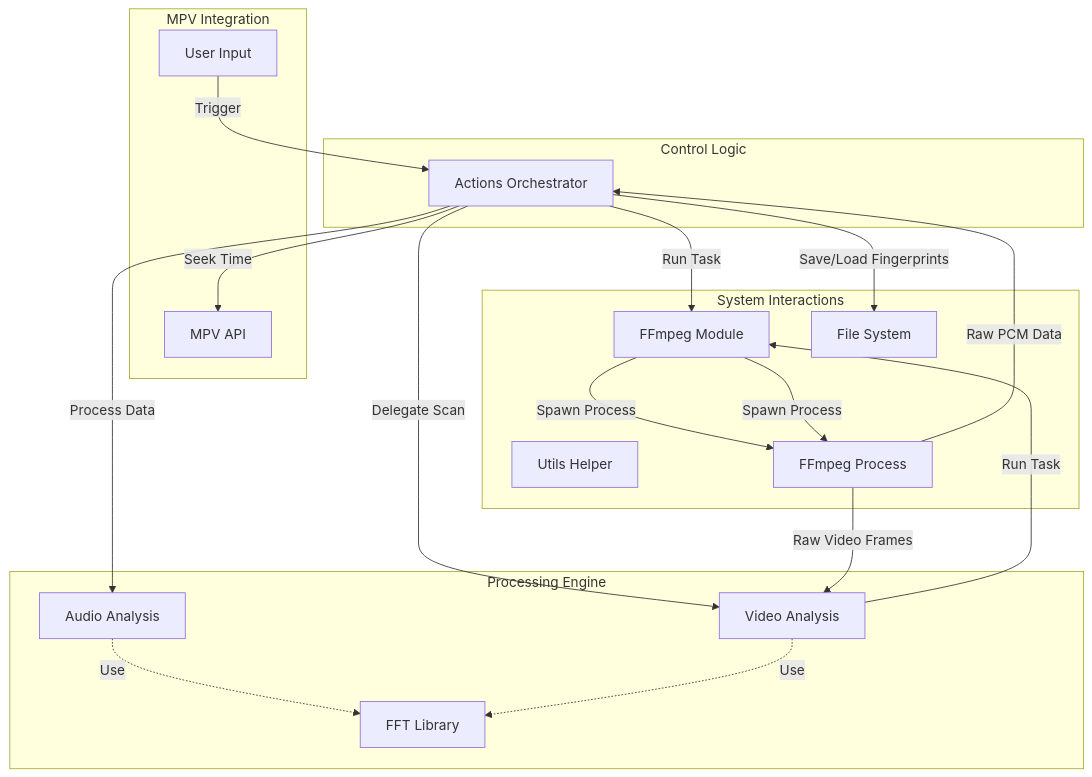
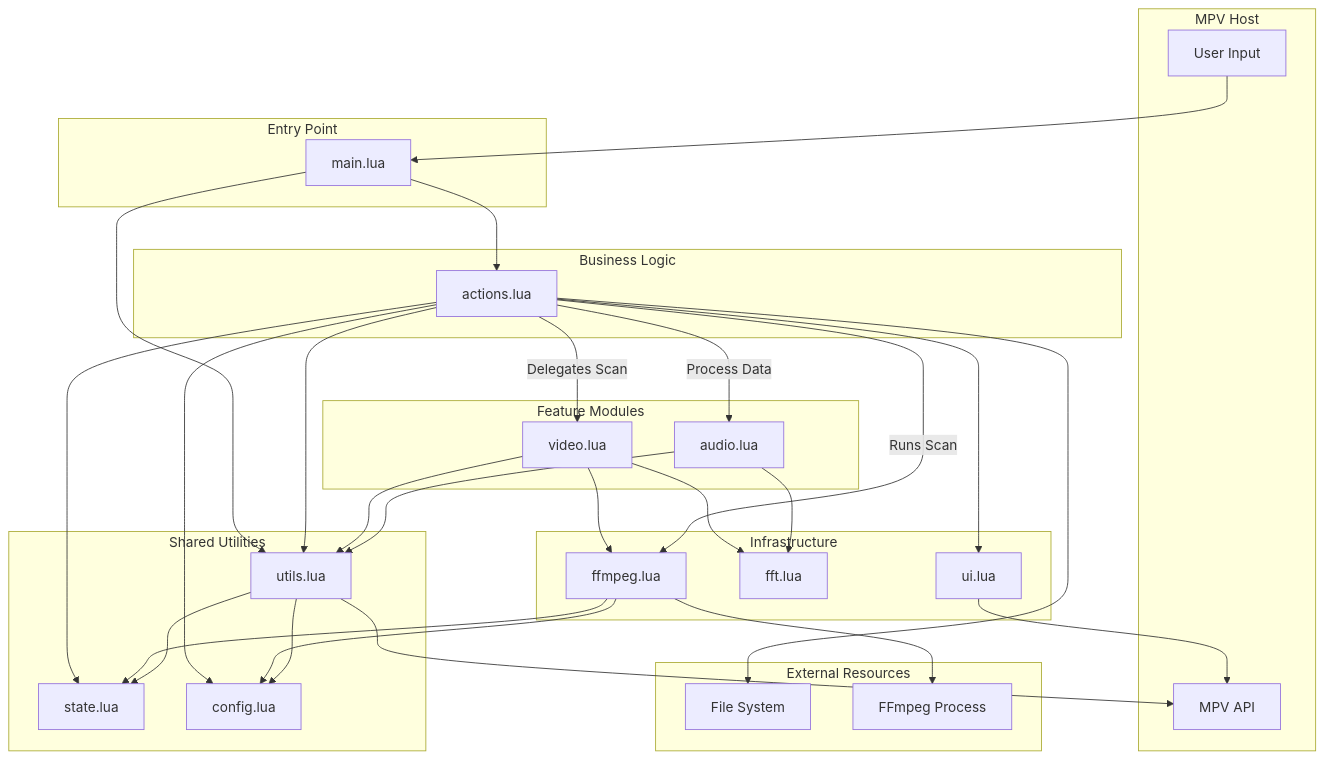
One commit to jjangsangy/intro-fingerprint changed the diagram in memory-bank/systemPatterns.md. Above: the diagram before and after it, drawn with Mermaid.

Commit message:
update architecture chart

````diff
--- a/memory-bank/systemPatterns.md
+++ b/memory-bank/systemPatterns.md
@@ -6,45 +6,72 @@
 ```mermaid
 flowchart TD
-    subgraph Host [MPV Integration]
+    subgraph Host [MPV Host]
         Input[User Input]
         API[MPV API]
     end
 
-    subgraph Logic [Control Logic]
-        Actions[Actions Orchestrator]
+    subgraph Entry [Entry Point]
+        Main[main.lua]
     end
 
-    subgraph Engine [Processing Engine]
-        Audio[Audio Analysis]
-        Video[Video Analysis]
-        FFT[FFT Library]
+    subgraph Logic [Business Logic]
+        Actions[actions.lua]
     end
 
-    subgraph System [System Interactions]
-        Utils[Utils Helper]
-        FFmpegMod[FFmpeg Module]
-        FFmpegProc[FFmpeg Process]
-        FS[File System]
+    subgraph Features [Feature Modules]
+        Video[video.lua]
+        Audio[audio.lua]
     end
 
-    %% Trigger
-    Input -->|Trigger| Actions
+    subgraph Infra [Infrastructure]
+        FFmpeg[ffmpeg.lua]
+        FFT[fft.lua]
+        UI[ui.lua]
+    end
 
-    %% Audio Data Flow
-    Actions -- Run Task --> FFmpegMod
-    FFmpegMod -- Spawn Process --> FFmpegProc
-    FFmpegProc -- Raw PCM Data --> Actions
-    Actions -- Process Data --> Audio
-    Audio -.->|Use| FFT
+    subgraph Shared [Shared Utilities]
+        Utils[utils.lua]
+        State[state.lua]
+        Config[config.lua]
+    end
 
-    %% Video Data Flow
-    Actions -- Delegate Scan --> Video
-    Video -- Run Task --> FFmpegMod
-    FFmpegMod -- Spawn Process --> FFmpegProc
-    FFmpegProc -- Raw Video Frames --> Video
-    Video -.->|Use| FFT
+    subgraph External [External Resources]
+        FS[File System]
+        Proc[FFmpeg Process]
+    end
 
-    %% Persistence & Effect
-    Actions -- Save/Load Fingerprints --> FS
-    Actions -- Seek Time --> API
+    %% Main Entry
+    Input --> Main
+    Main --> Actions
+    Main --> Utils
+
+    %% Actions Orchestration
+    Actions --> UI
+    Actions --> State
+    Actions --> Config
+    Actions --> Utils
+    Actions --> FS
+
+    %% Video Scan Logic (Encapsulated)
+    Actions -->|Delegates Scan| Video
+    Video --> FFmpeg
+    Video --> FFT
+    Video --> Utils
+
+    %% Audio Scan Logic (Orchestrated)
+    Actions -->|Runs Scan| FFmpeg
+    Actions -->|Process Data| Audio
+    Audio --> FFT
+    Audio --> Utils
+
+    %% FFmpeg Execution
+    FFmpeg --> State
+    FFmpeg --> Config
+    FFmpeg --> Proc
+
+    %% Shared Deps
+    Utils --> State
+    Utils --> Config
+    Utils --> API
+    UI --> API
 ```
````
